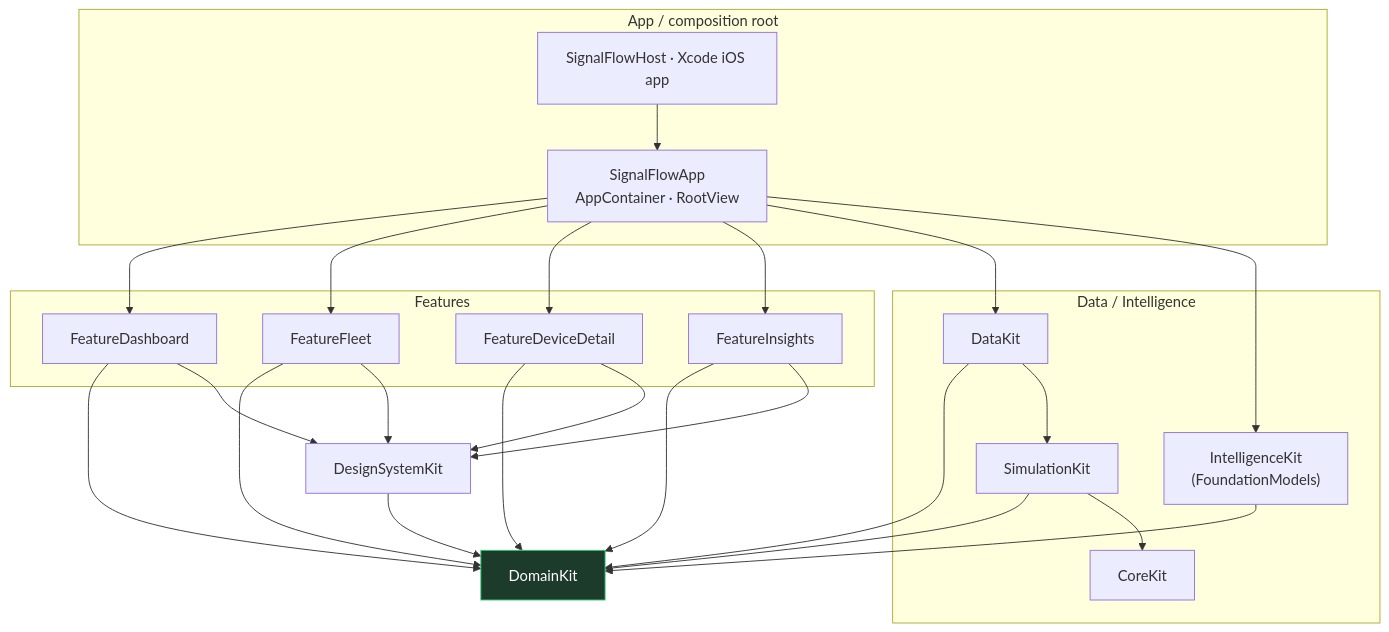
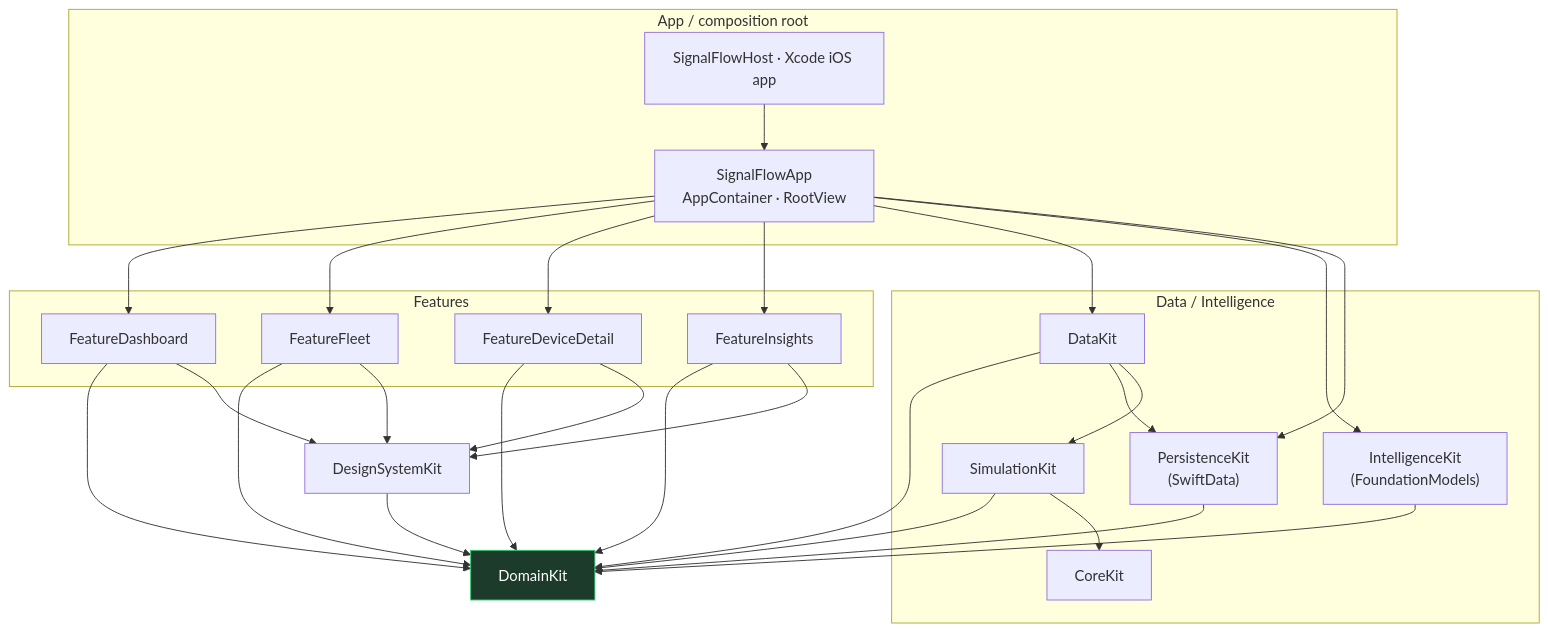
The second of 2 diagrams in README.md (donatogomez/signal-flow), drawn with Mermaid before and after one commit. The commit also changed other lines of this file and 25 other files, not shown here.

First line of the commit message:
Implement SwiftData persistence (#9)

````diff
--- a/README.md
+++ b/README.md
@@ -128,37 +129,41 @@
 ```mermaid
 flowchart TD
     subgraph AppLayer["App / composition root"]
         HOST["SignalFlowHost · Xcode iOS app"]
         APPLIB["SignalFlowApp<br/>AppContainer · RootView"]
     end
     subgraph FeatureLayer["Features"]
         F1[FeatureDashboard]
         F2[FeatureFleet]
         F3[FeatureDeviceDetail]
         F4[FeatureInsights]
     end
     DS[DesignSystemKit]
     subgraph DataLayer["Data / Intelligence"]
         DK[DataKit]
+        PERSIST["PersistenceKit<br/>(SwiftData)"]
         INTEL["IntelligenceKit<br/>(FoundationModels)"]
         SIM[SimulationKit]
         CORE[CoreKit]
     end
     DOM[DomainKit]
 
     HOST --> APPLIB
     APPLIB --> F1 & F2 & F3 & F4
     APPLIB --> DK
     APPLIB --> INTEL
+    APPLIB --> PERSIST
     F1 & F2 & F3 & F4 --> DOM
     F1 & F2 & F3 & F4 --> DS
     DS --> DOM
     DK --> DOM
+    DK --> PERSIST
+    PERSIST --> DOM
     INTEL --> DOM
     DK --> SIM
     SIM --> DOM
     SIM --> CORE
 
     classDef domain fill:#1d3b2a,stroke:#2ecc71,color:#fff;
     class DOM domain;
 ```
````
